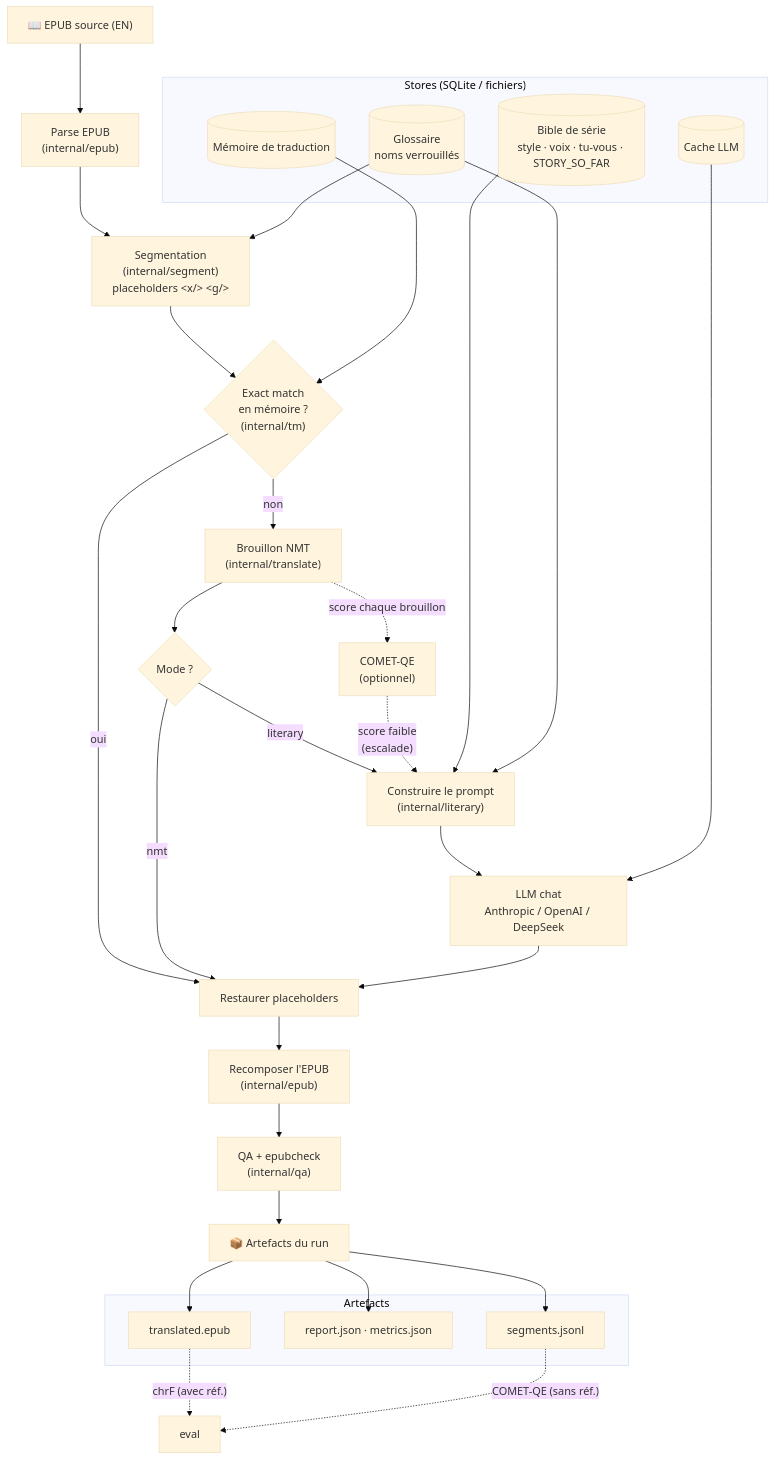
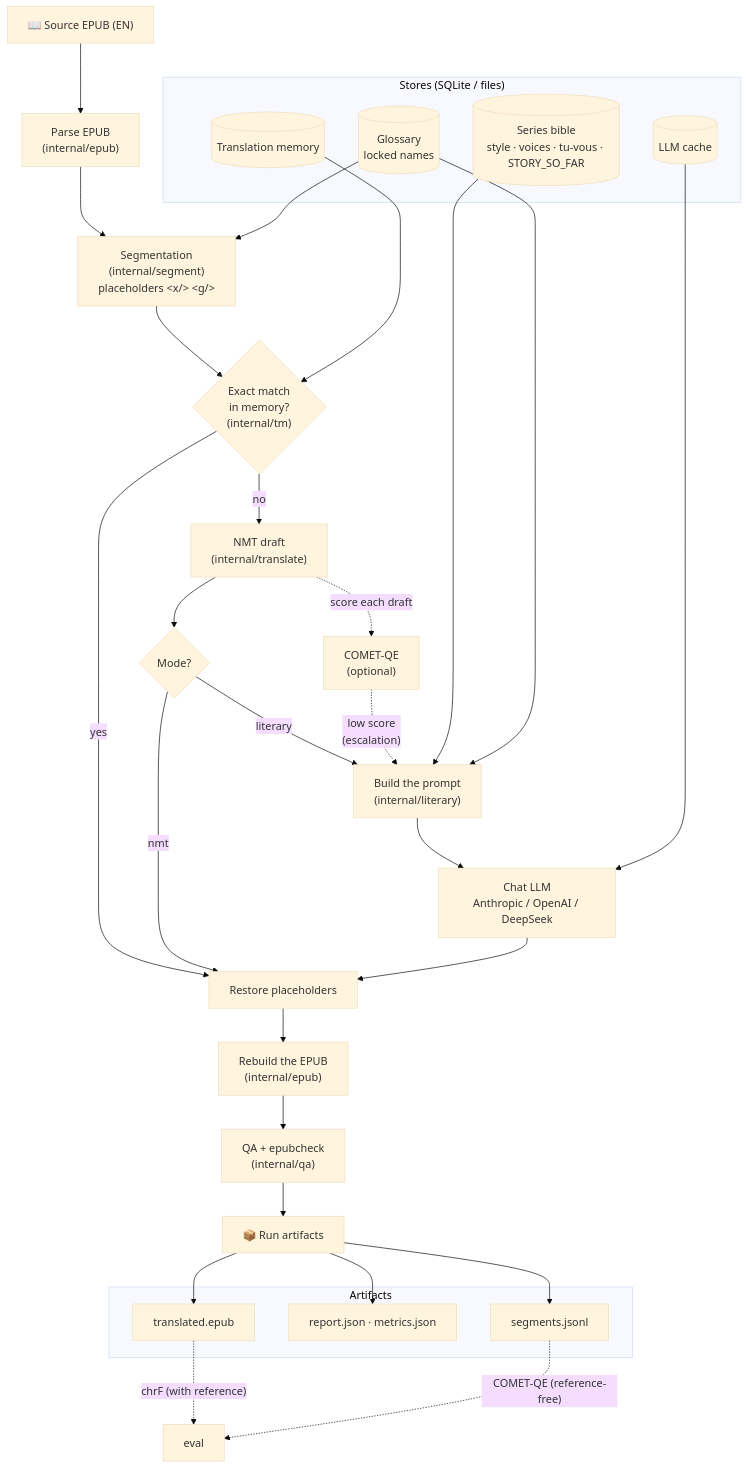
One commit to ECecillo/tomeshift changed the diagram in README.md. Above: the diagram before and after it, drawn with Mermaid (base theme). The commit also changed other lines of this file, not shown here.

First line of the commit message:
docs: rewrite the README for an open-source audience

````diff
--- a/README.md
+++ b/README.md
@@ -16,46 +53,46 @@
 ```mermaid
 flowchart TD
-    EPUB["📖 EPUB source (EN)"] --> PARSE["Parse EPUB<br/>(internal/epub)"]
+    EPUB["📖 Source EPUB (EN)"] --> PARSE["Parse EPUB<br/>(internal/epub)"]
     PARSE --> SEG["Segmentation<br/>(internal/segment)<br/>placeholders &lt;x/&gt; &lt;g/&gt;"]
-    SEG --> TM{"Exact match<br/>en mémoire ?<br/>(internal/tm)"}
+    SEG --> TM{"Exact match<br/>in memory?<br/>(internal/tm)"}
 
-    TM -- "oui" --> RESTORE["Restaurer placeholders"]
-    TM -- "non" --> NMT["Brouillon NMT<br/>(internal/translate)"]
+    TM -- "yes" --> RESTORE["Restore placeholders"]
+    TM -- "no" --> NMT["NMT draft<br/>(internal/translate)"]
 
-    NMT --> MODE{"Mode ?"}
+    NMT --> MODE{"Mode?"}
     MODE -- "nmt" --> RESTORE
-    MODE -- "literary" --> PROMPT["Construire le prompt<br/>(internal/literary)"]
+    MODE -- "literary" --> PROMPT["Build the prompt<br/>(internal/literary)"]
 
-    QE -. "score faible<br/>(escalade)" .-> PROMPT
-    NMT -. "score chaque brouillon" .-> QE["COMET-QE<br/>(optionnel)"]
+    QE -. "low score<br/>(escalation)" .-> PROMPT
+    NMT -. "score each draft" .-> QE["COMET-QE<br/>(optional)"]
 
-    PROMPT --> LLM["LLM chat<br/>Anthropic / OpenAI / DeepSeek"]
+    PROMPT --> LLM["Chat LLM<br/>Anthropic / OpenAI / DeepSeek"]
     LLM --> RESTORE
 
-    RESTORE --> RECOMP["Recomposer l'EPUB<br/>(internal/epub)"]
+    RESTORE --> RECOMP["Rebuild the EPUB<br/>(internal/epub)"]
     RECOMP --> QA["QA + epubcheck<br/>(internal/qa)"]
-    QA --> OUT["📦 Artefacts du run"]
+    QA --> OUT["📦 Run artifacts"]
 
-    subgraph STORES["Stores (SQLite / fichiers)"]
-        BIBLE[("Bible de série<br/>style · voix · tu-vous · STORY_SO_FAR")]
-        GLOSS[("Glossaire<br/>noms verrouillés")]
-        TMDB[("Mémoire de traduction")]
-        CACHE[("Cache LLM")]
+    subgraph STORES["Stores (SQLite / files)"]
+        BIBLE[("Series bible<br/>style · voices · tu-vous · STORY_SO_FAR")]
+        GLOSS[("Glossary<br/>locked names")]
+        TMDB[("Translation memory")]
+        CACHE[("LLM cache")]
     end
 
-    subgraph ARTIFACTS["Artefacts"]
+    subgraph ARTIFACTS["Artifacts"]
         A1["translated.epub"]
         A2["report.json · metrics.json"]
         A3["segments.jsonl"]
     end
 
     BIBLE --> PROMPT
     GLOSS --> SEG
     GLOSS --> PROMPT
     TMDB --> TM
     CACHE --> LLM
     OUT --> A1 & A2 & A3
 
-    A1 -. "chrF (avec réf.)" .-> EVAL["eval"]
-    A3 -. "COMET-QE (sans réf.)" .-> EVAL
+    A1 -. "chrF (with reference)" .-> EVAL["eval"]
+    A3 -. "COMET-QE (reference-free)" .-> EVAL
 ```
````
